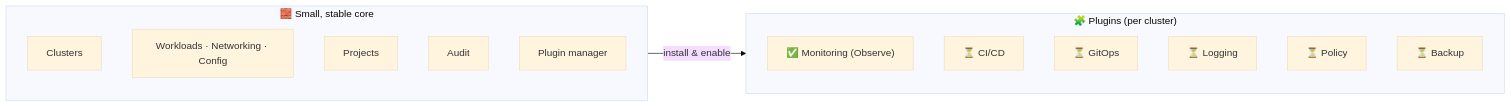
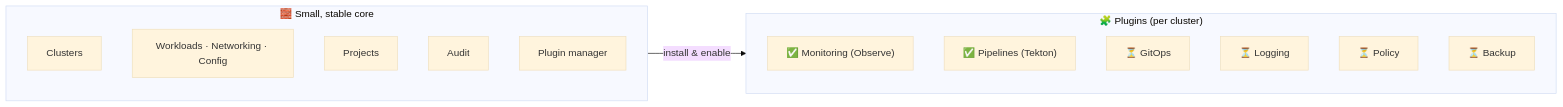
One commit to chengdevith/Capybara changed the first of 8 diagrams in README.md. Above: the diagram before and after it, drawn with Mermaid (base theme). The commit also changed other lines of this file and 31 other files, not shown here.

First line of the commit message:
Pipelines (Tekton) plugin

````diff
--- a/README.md
+++ b/README.md
@@ -40,23 +40,23 @@
 ```mermaid
 flowchart LR
     subgraph core["🧱 Small, stable core"]
         direction TB
         c1["Clusters"]
         c2["Workloads · Networking · Config"]
         c3["Projects"]
         c4["Audit"]
         c5["Plugin manager"]
     end
 
     subgraph plugins["🧩 Plugins (per cluster)"]
         direction TB
         p1["✅ Monitoring (Observe)"]
-        p2["⏳ CI/CD"]
+        p2["✅ Pipelines (Tekton)"]
         p3["⏳ GitOps"]
         p4["⏳ Logging"]
         p5["⏳ Policy"]
         p6["⏳ Backup"]
     end
 
     c5 -- "install & enable" --> plugins
 ```
````
